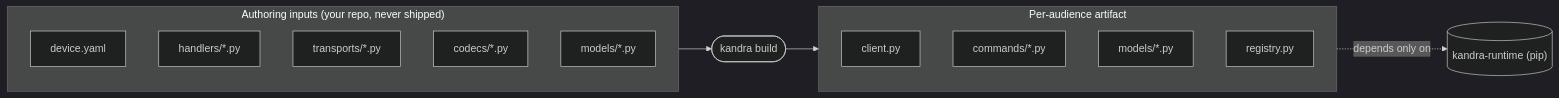
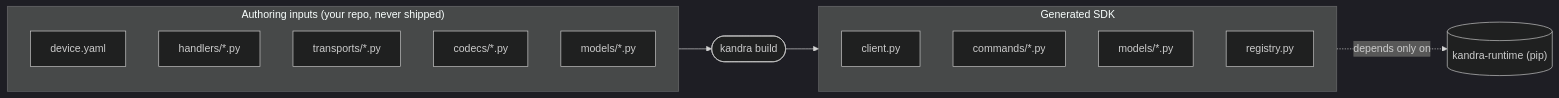
Before and after one commit to jugglingbear/kandra: the diagram in docs/motivation.md, drawn with Mermaid (dark theme). The commit also changed other lines of this file and 2 other files, not shown here.

First line of the commit message:
docs: correct roadmap and implementation status

````diff
--- a/docs/motivation.md
+++ b/docs/motivation.md
@@ -24,20 +24,20 @@
 ```{mermaid}
 flowchart LR
     subgraph inputs["Authoring inputs (your repo, never shipped)"]
         yaml["device.yaml"]
         handlers["handlers/*.py"]
         transports["transports/*.py"]
         codecs["codecs/*.py"]
         models["models/*.py"]
     end
     build(["kandra build"])
-    subgraph artifact["Per-audience artifact"]
+    subgraph artifact["Generated SDK"]
         client["client.py"]
         commands["commands/*.py"]
         amodels["models/*.py"]
         registry["registry.py"]
     end
     runtime[("kandra-runtime (pip)")]
     inputs --> build --> artifact
     artifact -. depends only on .-> runtime
 ```
````
